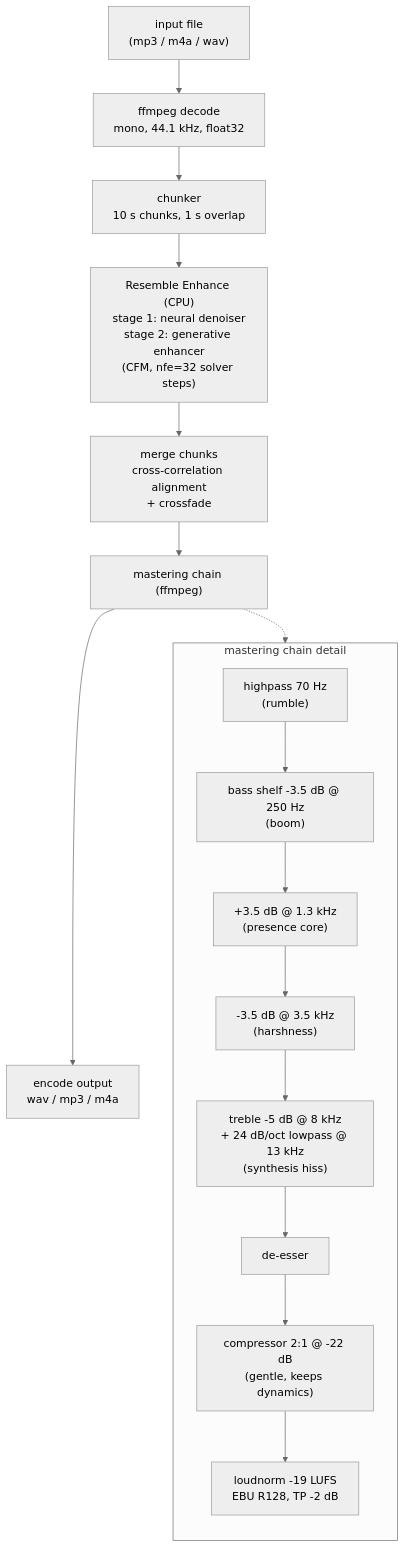
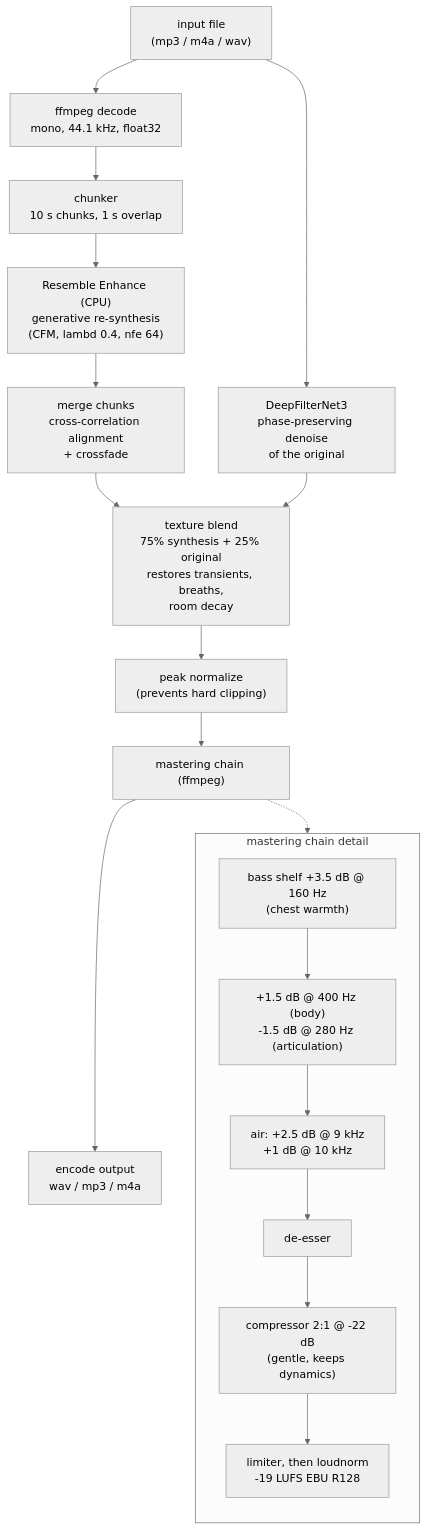
Before and after one commit to Francium-Tech/CrispVoice: the diagram in ARCHITECTURE.md, drawn with Mermaid (neutral theme). The commit also changed other lines of this file and 5 other files, not shown here.

First line of the commit message:
Freeze v1 pipeline: re-synthesis + texture blend + parity master

````diff
--- a/ARCHITECTURE.md
+++ b/ARCHITECTURE.md
@@ -33,22 +33,24 @@
 ```mermaid
 flowchart TD
     A["input file<br/>(mp3 / m4a / wav)"] --> B["ffmpeg decode<br/>mono, 44.1 kHz, float32"]
     B --> C["chunker<br/>10 s chunks, 1 s overlap"]
-    C --> D["Resemble Enhance (CPU)<br/>stage 1: neural denoiser<br/>stage 2: generative enhancer<br/>(CFM, nfe=32 solver steps)"]
+    C --> D["Resemble Enhance (CPU)<br/>generative re-synthesis<br/>(CFM, lambd 0.4, nfe 64)"]
     D --> E["merge chunks<br/>cross-correlation alignment<br/>+ crossfade"]
-    E --> F["mastering chain (ffmpeg)"]
+    A --> H["DeepFilterNet3<br/>phase-preserving denoise<br/>of the original"]
+    E --> J["texture blend<br/>75% synthesis + 25% original<br/>restores transients, breaths,<br/>room decay"]
+    H --> J
+    J --> K["peak normalize<br/>(prevents hard clipping)"]
+    K --> F["mastering chain (ffmpeg)"]
     F --> G["encode output<br/>wav / mp3 / m4a"]
 
     subgraph F2["mastering chain detail"]
         direction TB
-        M1["highpass 70 Hz<br/>(rumble)"] --> M2["bass shelf -3.5 dB @ 250 Hz<br/>(boom)"]
-        M2 --> M3["+3.5 dB @ 1.3 kHz<br/>(presence core)"]
-        M3 --> M4["-3.5 dB @ 3.5 kHz<br/>(harshness)"]
-        M4 --> M5["treble -5 dB @ 8 kHz<br/>+ 24 dB/oct lowpass @ 13 kHz<br/>(synthesis hiss)"]
-        M5 --> M6["de-esser"]
+        M1["bass shelf +3.5 dB @ 160 Hz<br/>(chest warmth)"] --> M2["+1.5 dB @ 400 Hz (body)<br/>-1.5 dB @ 280 Hz (articulation)"]
+        M2 --> M3["air: +2.5 dB @ 9 kHz<br/>+1 dB @ 10 kHz"]
+        M3 --> M6["de-esser"]
         M6 --> M7["compressor 2:1 @ -22 dB<br/>(gentle, keeps dynamics)"]
-        M7 --> M8["loudnorm -19 LUFS<br/>EBU R128, TP -2 dB"]
+        M7 --> M8["limiter, then loudnorm<br/>-19 LUFS EBU R128"]
     end
 
     F -.-> F2
 ```
````
